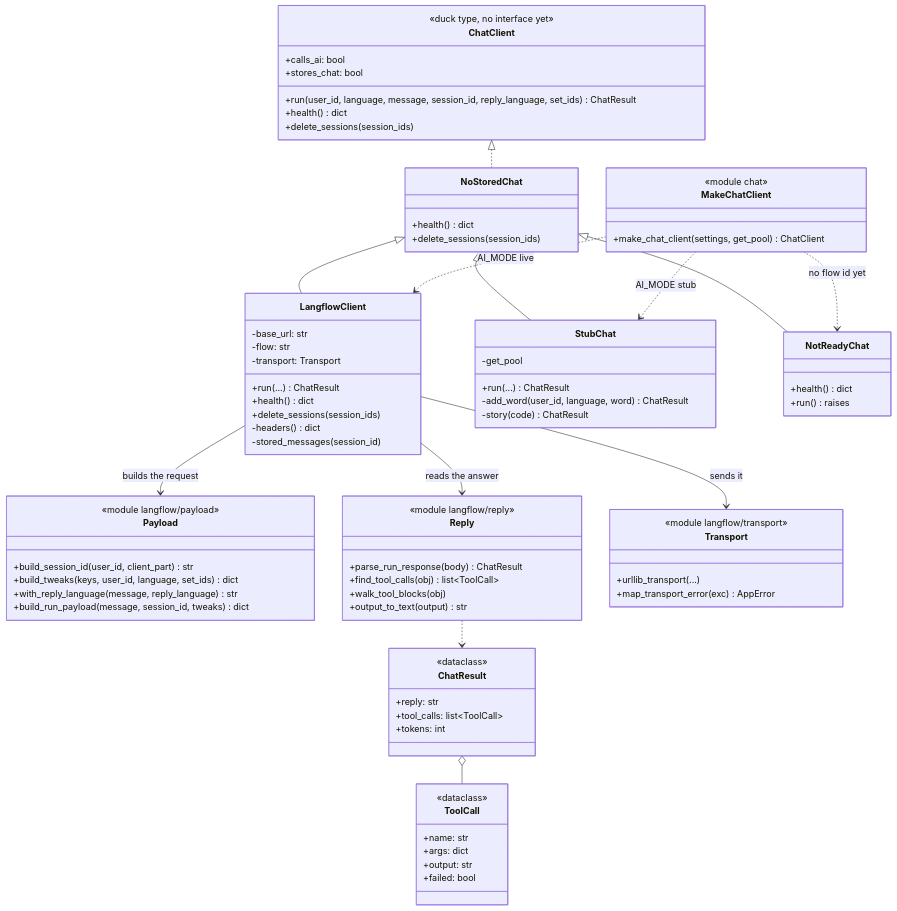
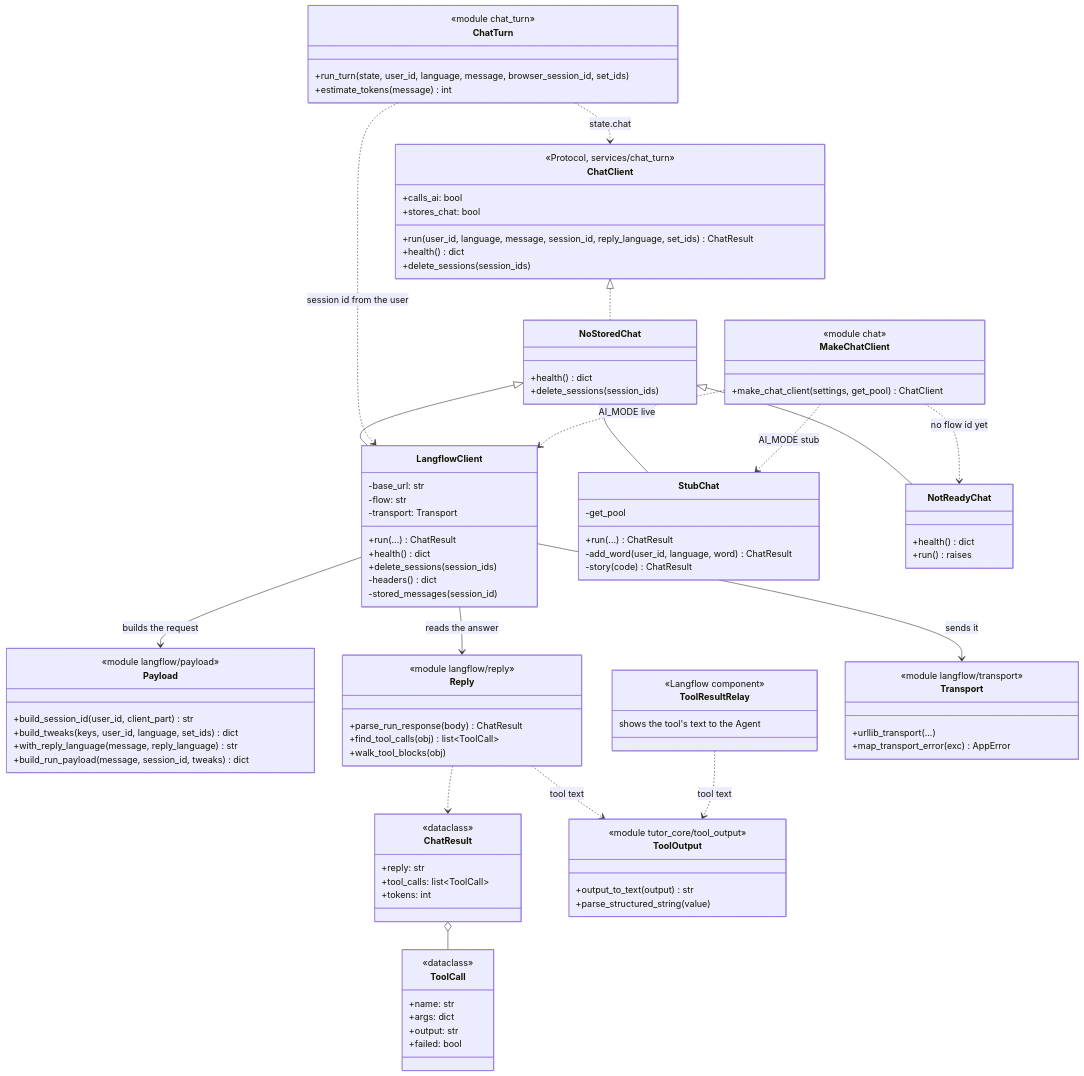
The third of 6 diagrams in docs/class-diagram-backend.md (stanley-yang-2001/bpllc_project), drawn with Mermaid before and after one commit. The commit also changed other lines of this file and 4 other files, not shown here.

First line of the commit message:
Docs: class diagrams and design notes follow the B1 to B12 and F1 to F9 splits

````diff
--- a/docs/class-diagram-backend.md
+++ b/docs/class-diagram-backend.md
@@ -140,7 +164,7 @@
 ```mermaid
 classDiagram
     class ChatClient {
-        <<duck type, no interface yet>>
+        <<Protocol, services/chat_turn>>
         +calls_ai: bool
         +stores_chat: bool
         +run(user_id, language, message, session_id, reply_language, set_ids) ChatResult
@@ -191,12 +215,25 @@
         +with_reply_language(message, reply_language) str
         +build_run_payload(message, session_id, tweaks) dict
     }
+    class ChatTurn {
+        <<module chat_turn>>
+        +run_turn(state, user_id, language, message, browser_session_id, set_ids)
+        +estimate_tokens(message) int
+    }
     class Reply {
         <<module langflow/reply>>
         +parse_run_response(body) ChatResult
         +find_tool_calls(obj) list~ToolCall~
         +walk_tool_blocks(obj)
+    }
+    class ToolOutput {
+        <<module tutor_core/tool_output>>
         +output_to_text(output) str
+        +parse_structured_string(value)
+    }
+    class ToolResultRelay {
+        <<Langflow component>>
+        shows the tool's text to the Agent
     }
     class Transport {
         <<module langflow/transport>>
@@ -216,6 +253,10 @@
     LangflowClient --> Transport : sends it
     LangflowClient --> Reply : reads the answer
     Reply ..> ChatResult
+    Reply ..> ToolOutput : tool text
+    ToolResultRelay ..> ToolOutput : tool text
+    ChatTurn ..> ChatClient : state.chat
+    ChatTurn ..> LangflowClient : session id from the user
     ChatResult o-- ToolCall
     MakeChatClient ..> LangflowClient : AI_MODE live
     MakeChatClient ..> StubChat : AI_MODE stub
````
